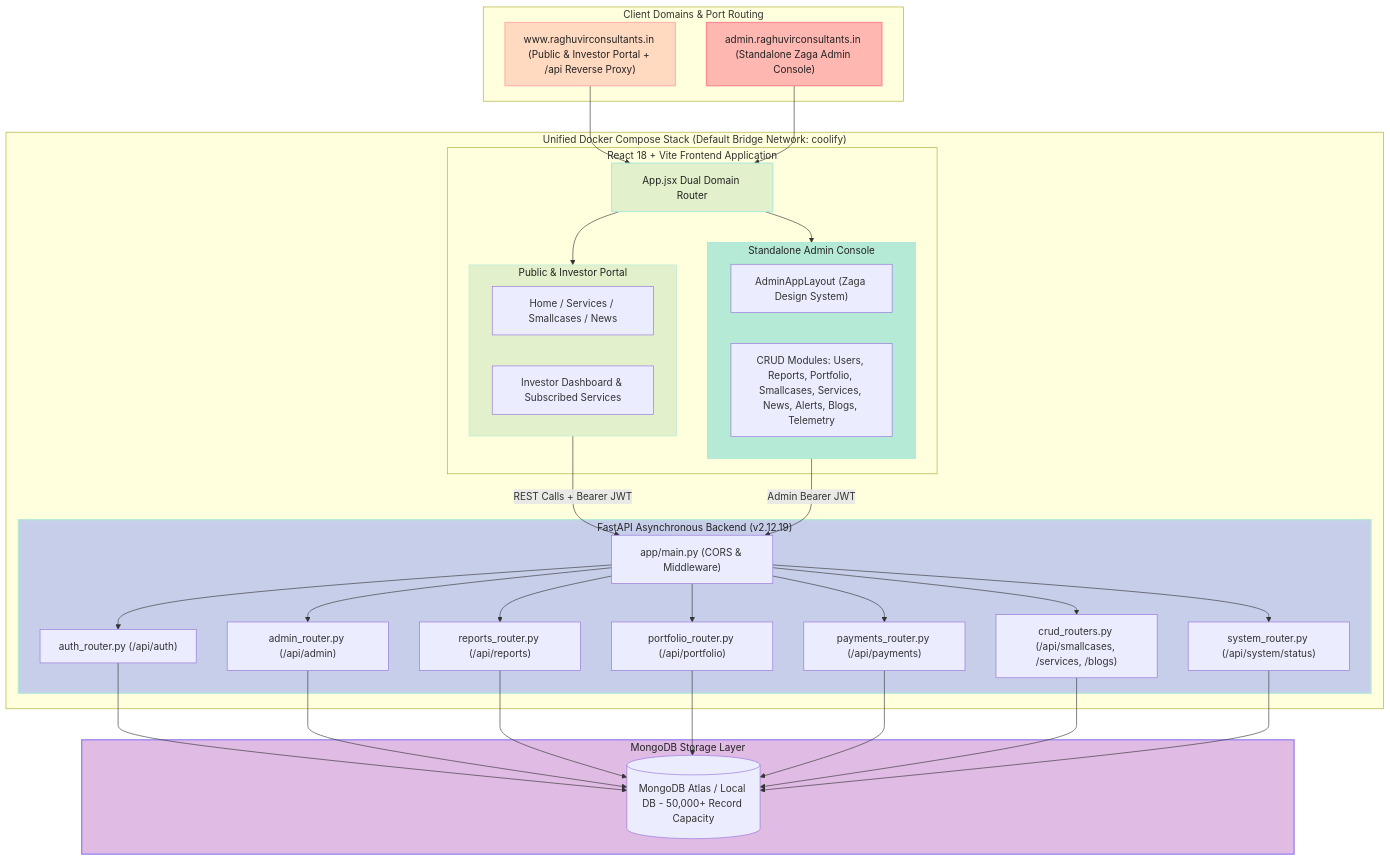
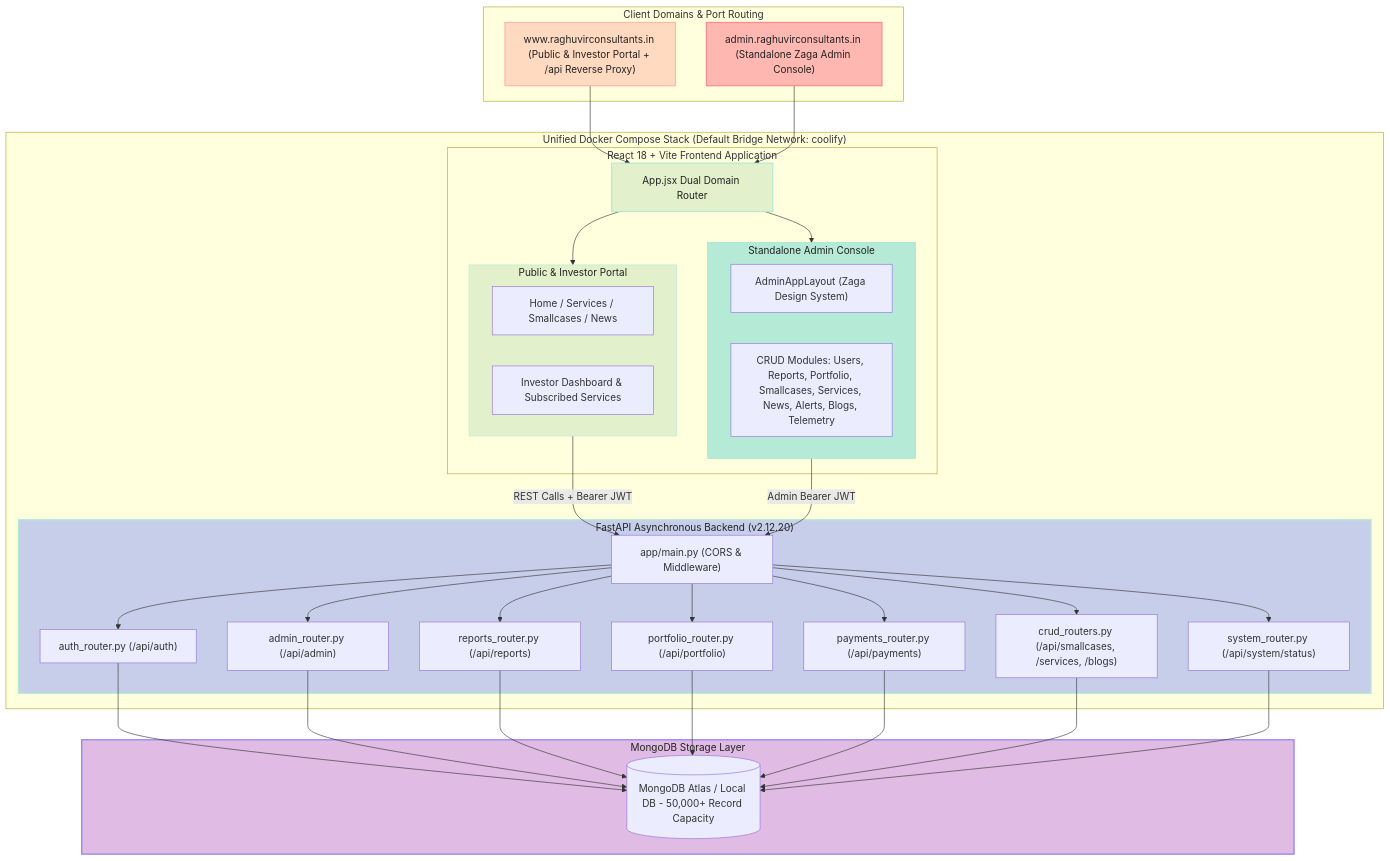
The first of 2 diagrams in backend/docs/ARCHITECTURE.md (tejasrsuthar/raghuvirconsultants-site), drawn with Mermaid before and after one commit. The commit also changed other lines of this file and 8 other files, not shown here.

````diff
--- a/backend/docs/ARCHITECTURE.md
+++ b/backend/docs/ARCHITECTURE.md
@@ -14,72 +14,72 @@
 ```mermaid
 graph TD
     subgraph ClientDomains["Client Domains & Port Routing"]
         PublicDomain["www.raghuvirconsultants.in (Public & Investor Portal + /api Reverse Proxy)"]
         AdminDomain["admin.raghuvirconsultants.in (Standalone Zaga Admin Console)"]
     end
 
     subgraph ComposeStack["Unified Docker Compose Stack (Default Bridge Network: coolify)"]
         subgraph ReactFrontend["React 18 + Vite Frontend Application"]
             AppRouter["App.jsx Dual Domain Router"]
             
             subgraph PublicPortal["Public & Investor Portal"]
               PublicViews["Home / Services / Smallcases / News"]
               InvestorPortal["Investor Dashboard & Subscribed Services"]
             end
 
             subgraph ZagaAdmin["Standalone Admin Console"]
               AdminLayout["AdminAppLayout (Zaga Design System)"]
               AdminModules["CRUD Modules: Users, Reports, Portfolio, Smallcases, Services, News, Alerts, Blogs, Telemetry"]
             end
         end
 
-        subgraph FastAPIServer["FastAPI Asynchronous Backend (v2.12.19)"]
+        subgraph FastAPIServer["FastAPI Asynchronous Backend (v2.12.20)"]
             API["app/main.py (CORS & Middleware)"]
             AuthRouter["auth_router.py (/api/auth)"]
             AdminRouter["admin_router.py (/api/admin)"]
             ReportsRouter["reports_router.py (/api/reports)"]
             PortfolioRouter["portfolio_router.py (/api/portfolio)"]
             PaymentsRouter["payments_router.py (/api/payments)"]
             CRUDRouters["crud_routers.py (/api/smallcases, /services, /blogs)"]
             SystemRouter["system_router.py (/api/system/status)"]
         end
     end
 
     subgraph DataStore["MongoDB Storage Layer"]
         MongoDB[(MongoDB Atlas / Local DB - 50,000+ Record Capacity)]
     end
 
     PublicDomain --> AppRouter
     AdminDomain --> AppRouter
 
     AppRouter --> PublicPortal
     AppRouter --> ZagaAdmin
 
     PublicPortal -->|REST Calls + Bearer JWT| API
     ZagaAdmin -->|Admin Bearer JWT| API
 
     API --> AuthRouter
     API --> AdminRouter
     API --> ReportsRouter
     API --> PortfolioRouter
     API --> PaymentsRouter
     API --> CRUDRouters
     API --> SystemRouter
 
     AuthRouter --> MongoDB
     AdminRouter --> MongoDB
     ReportsRouter --> MongoDB
     PortfolioRouter --> MongoDB
     PaymentsRouter --> MongoDB
     CRUDRouters --> MongoDB
     SystemRouter --> MongoDB
 
     %% Pastel Color Palette Styling
     style PublicDomain fill:#FFDAC1,stroke:#FFB7B2,stroke-width:2px,color:#222;
     style AdminDomain fill:#FFB7B2,stroke:#FF8B94,stroke-width:2px,color:#222;
     style AppRouter fill:#E2F0CB,stroke:#B5EAD7,stroke-width:2px,color:#222;
     style PublicPortal fill:#E2F0CB,stroke:#B5EAD7,stroke-width:1px,color:#222;
     style ZagaAdmin fill:#B5EAD7,stroke:#93E1D8,stroke-width:1px,color:#222;
     style FastAPIServer fill:#C7CEEA,stroke:#B5EAD7,stroke-width:2px,color:#222;
     style DataStore fill:#E0BBE4,stroke:#957FEF,stroke-width:2px,color:#222;
 ```
````
